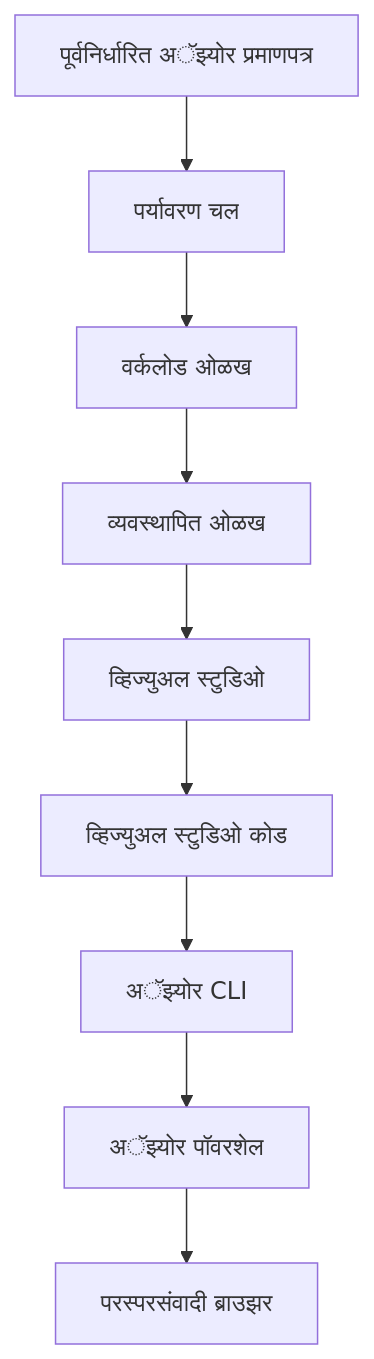
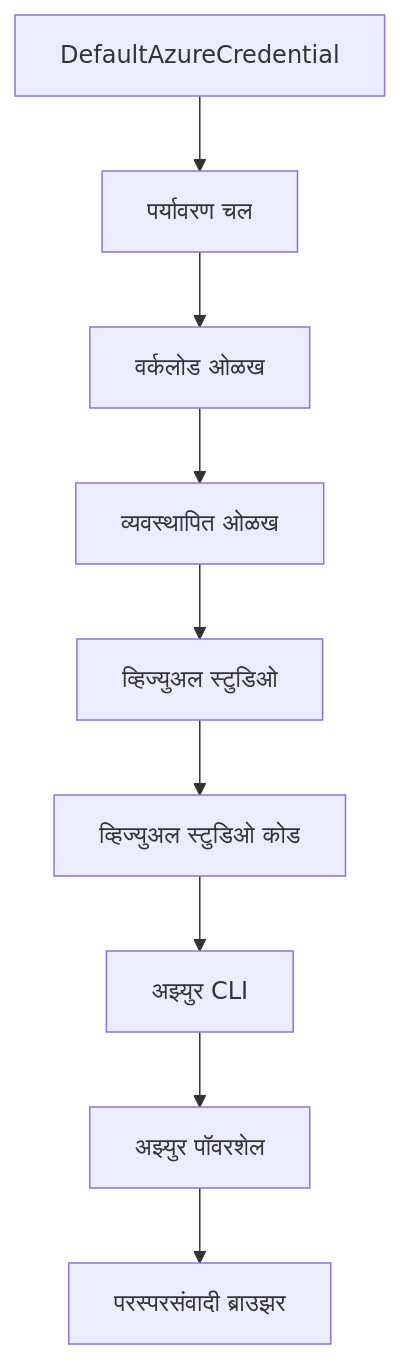
The second of 2 diagrams in translations/mr/docs/chapter-01-foundation/azd-basics.md (microsoft/AZD-for-beginners), drawn with Mermaid before and after one commit. The commit also changed other lines of this file and 101 other files, not shown here.

````diff
--- a/translations/mr/docs/chapter-01-foundation/azd-basics.md
+++ b/translations/mr/docs/chapter-01-foundation/azd-basics.md
@@ -556,11 +591,11 @@
 ```mermaid
 graph TD
-    A[पूर्वनिर्धारित अॅझ्योर प्रमाणपत्र] --> B[पर्यावरण चल]
+    A[DefaultAzureCredential] --> B[पर्यावरण चल]
     B --> C[वर्कलोड ओळख]
     C --> D[व्यवस्थापित ओळख]
     D --> E[व्हिज्युअल स्टुडिओ]
     E --> F[व्हिज्युअल स्टुडिओ कोड]
-    F --> G[अॅझ्योर CLI]
-    G --> H[अॅझ्योर पॉवरशेल]
+    F --> G[अझ्युर CLI]
+    G --> H[अझ्युर पॉवरशेल]
     H --> I[परस्परसंवादी ब्राउझर]
 ```
````
